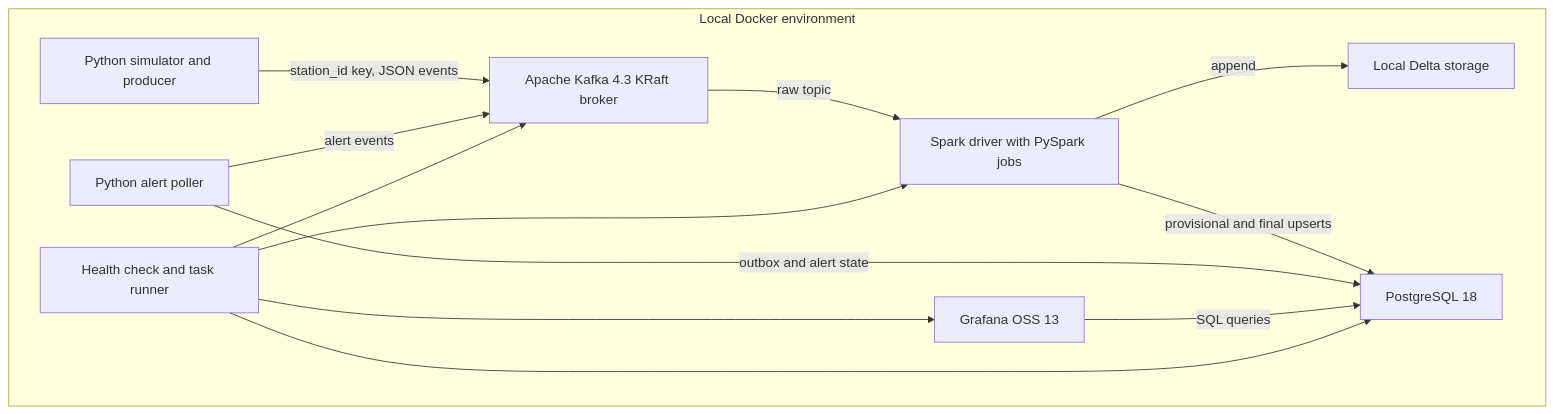
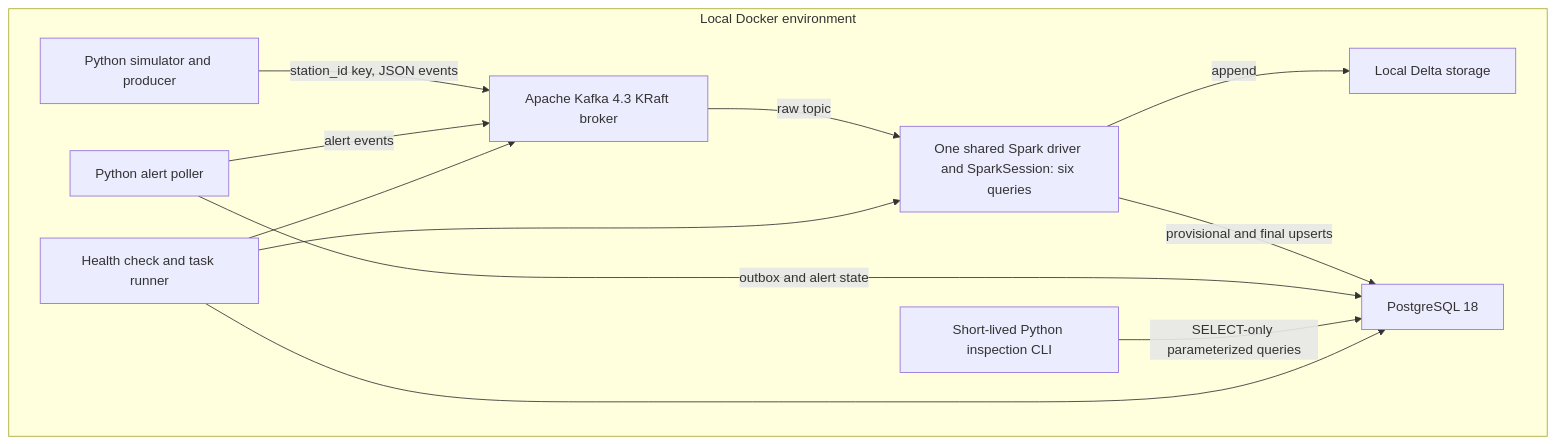
The second of 7 diagrams in docs/05-system-architecture.md (sukurcf/spec-vayustream-air-quality-pipeline), drawn with Mermaid before and after one commit. The commit also changed other lines of this file and 14 other files, not shown here.

````diff
--- a/docs/05-system-architecture.md
+++ b/docs/05-system-architecture.md
@@ -28,24 +28,23 @@
 ```mermaid
 flowchart TB
   subgraph Local["Local Docker environment"]
     Producer["Python simulator and producer"]
     Kafka["Apache Kafka 4.3 KRaft broker"]
-    Spark["Spark driver with PySpark jobs"]
+    Spark["One shared Spark driver and SparkSession: six queries"]
     DeltaStore["Local Delta storage"]
     Postgres["PostgreSQL 18"]
-    Grafana["Grafana OSS 13"]
+    CLI["Short-lived Python inspection CLI"]
     Poller["Python alert poller"]
     Health["Health check and task runner"]
   end
   Producer -->|"station_id key, JSON events"| Kafka
   Kafka -->|"raw topic"| Spark
   Spark -->|"append"| DeltaStore
   Spark -->|"provisional and final upserts"| Postgres
   Poller -->|"outbox and alert state"| Postgres
   Poller -->|"alert events"| Kafka
-  Grafana -->|"SQL queries"| Postgres
+  CLI -->|"SELECT-only parameterized queries"| Postgres
   Health --> Kafka
   Health --> Spark
   Health --> Postgres
-  Health --> Grafana
 ```
````
